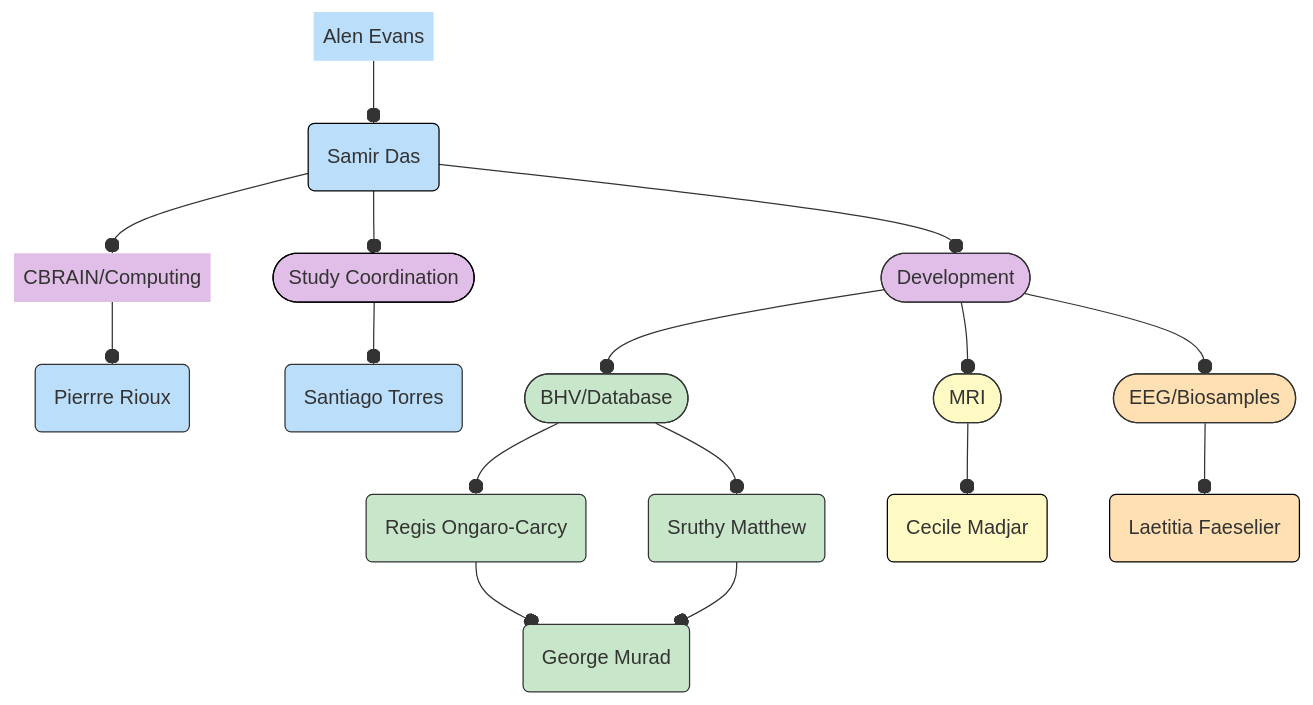
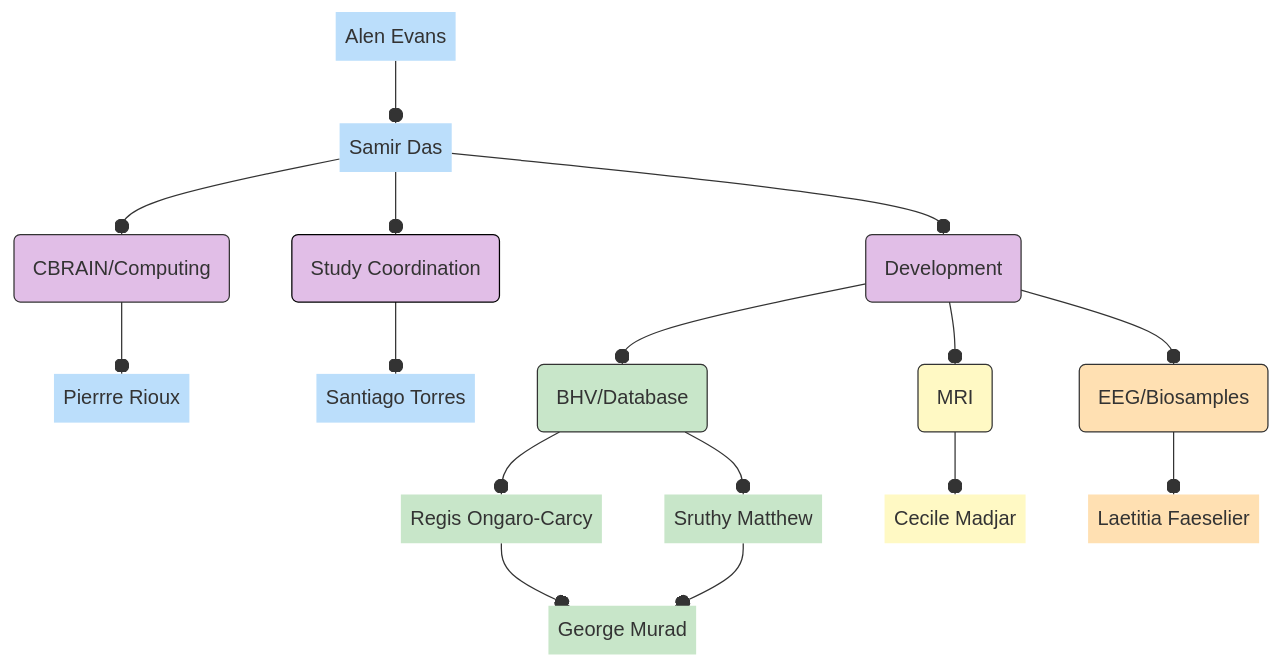
The diagram in docs/orgcharts.md (DCAN-Labs/hbcd-docs-internal), drawn with Mermaid before and after one commit. The commit also changed other lines of this file, not shown here.

Commit message:
adjust diagram styling

````diff
--- a/docs/orgcharts.md
+++ b/docs/orgcharts.md
@@ -45,38 +5,44 @@
 ```mermaid
 flowchart TB
-    A["Alen Evans"] --o nl("Samir Das")
-    nl --o n9(["Study Coordination"]) & C["CBRAIN/Computing"] & B(["Development"])
+    A["Alen Evans"] --o nl["Samir Das"]
+    nl --o n9["Study Coordination"] & C["CBRAIN/Computing"] & B["Development"]
     C --o D["Pierrre Rioux"]
     n9 --o E["Santiago Torres"]
-    B --o F(["BHV/Database"]) & H(["EEG/Biosamples"]) & G(["MRI"])
+    B --o F["BHV/Database"] & H["EEG/Biosamples"] & G["MRI"]
     F --o I["Regis Ongaro-Carcy"] & J["Sruthy Matthew"]
     I --o K["George Murad"]
     J --o K
     G --o L["Cecile Madjar"]
     H --o M["Laetitia Faeselier"]
 
     A@{ shape: text}
-    C@{ shape: text}
-    D@{ shape: rounded}
-    E@{ shape: rounded}
-    I@{ shape: rounded}
-    J@{ shape: rounded}
-    K@{ shape: rounded}
-    L@{ shape: rounded}
-    M@{ shape: rounded}
+    nl@{ shape: text}
+    n9@{ shape: rounded}
+    C@{ shape: rounded}
+    B@{ shape: rounded}
+    D@{ shape: text}
+    E@{ shape: text}
+    F@{ shape: rounded}
+    H@{ shape: rounded}
+    G@{ shape: rounded}
+    I@{ shape: text}
+    J@{ shape: text}
+    K@{ shape: text}
+    L@{ shape: text}
+    M@{ shape: text}
     style A stroke:#000000,fill:#BBDEFB
     style nl stroke:#000000,fill:#BBDEFB
     style n9 stroke:#000000,fill:#E1BEE7,stroke-width:1px,stroke-dasharray: 0
     style C stroke:#333,fill:#E1BEE7
     style B stroke:#333,fill:#E1BEE7
     style D stroke:#333,fill:#BBDEFB
     style E stroke:#333,fill:#BBDEFB
     style F stroke:#333,fill:#C8E6C9
     style H stroke:#333,fill:#FFE0B2
     style G stroke:#333,fill:#FFF9C4
     style I stroke:#333,fill:#C8E6C9
     style J stroke:#333,fill:#C8E6C9
     style K stroke:#333,fill:#C8E6C9
     style L stroke:#000000,fill:#FFF9C4
     style M fill:#FFE0B2,stroke:#000000
 ```
````
